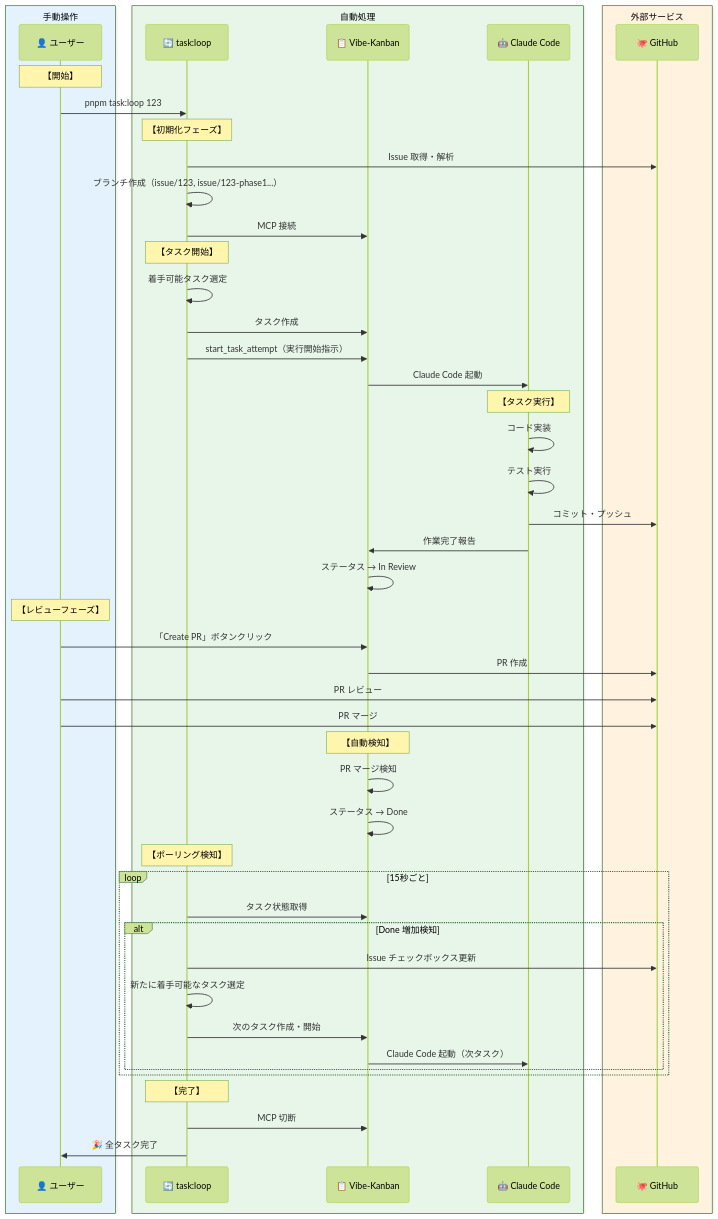
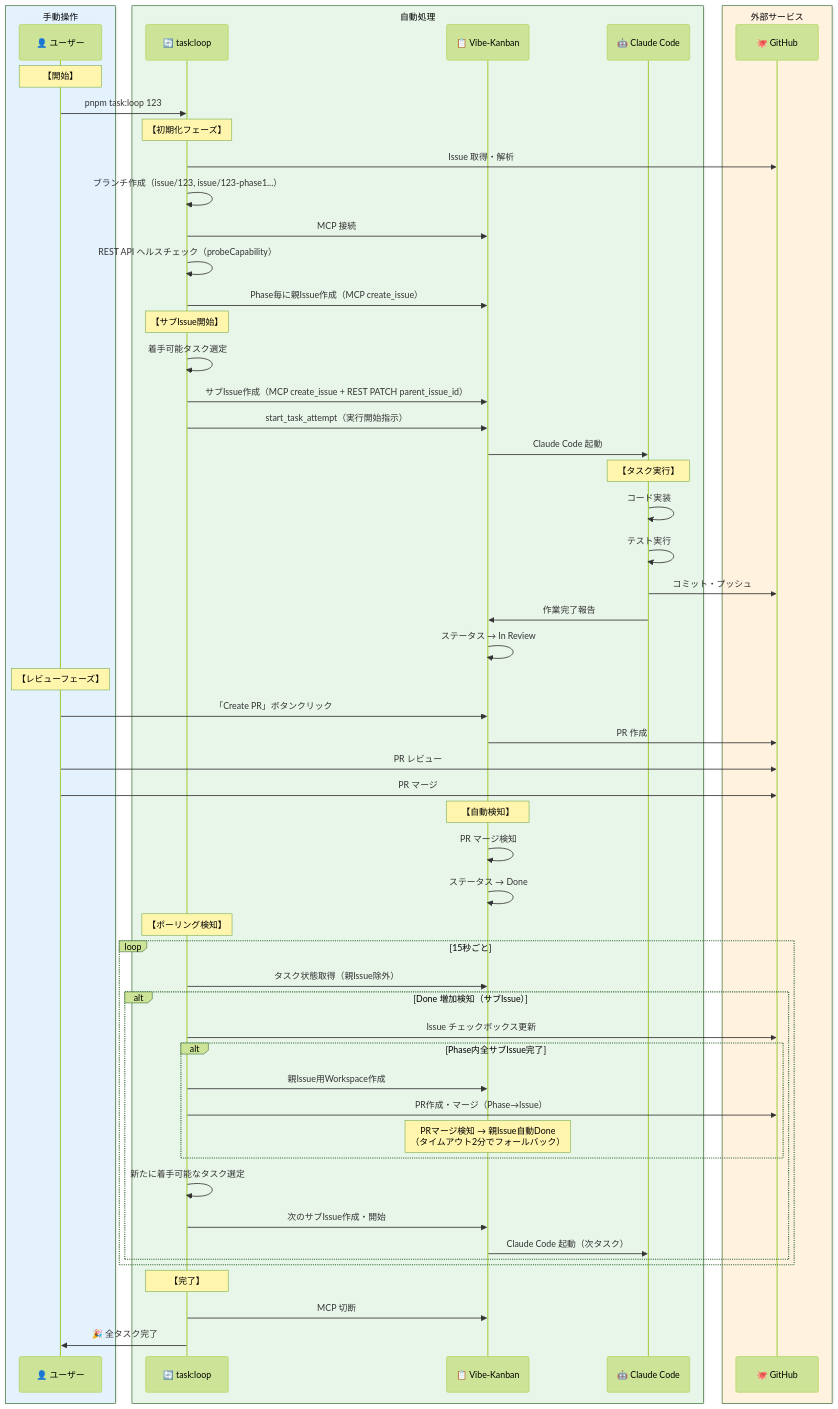
The second of 2 diagrams in docs/einja/instructions/task-vibe-kanban-loop.md (einja-inc/einja-management-template), drawn with Mermaid (forest theme) before and after one commit. The commit also changed other lines of this file and 4 other files, not shown here.

````diff
--- a/docs/einja/instructions/task-vibe-kanban-loop.md
+++ b/docs/einja/instructions/task-vibe-kanban-loop.md
@@ -313,60 +319,67 @@
 ```mermaid
 sequenceDiagram
     box rgb(227, 242, 253) 手動操作
         participant User as 👤 ユーザー
     end
     box rgb(232, 245, 233) 自動処理
         participant Script as 🔄 task:loop
         participant Vibe as 📋 Vibe-Kanban
         participant Claude as 🤖 Claude Code
     end
     box rgb(255, 243, 224) 外部サービス
         participant GitHub as 🐙 GitHub
     end
 
     Note over User: 【開始】
     User->>Script: pnpm task:loop 123
 
     Note over Script: 【初期化フェーズ】
     Script->>GitHub: Issue 取得・解析
     Script->>Script: ブランチ作成（issue/123, issue/123-phase1...）
     Script->>Vibe: MCP 接続
+    Script->>Script: REST API ヘルスチェック（probeCapability）
+    Script->>Vibe: Phase毎に親Issue作成（MCP create_issue）
 
-    Note over Script: 【タスク開始】
+    Note over Script: 【サブIssue開始】
     Script->>Script: 着手可能タスク選定
-    Script->>Vibe: タスク作成
+    Script->>Vibe: サブIssue作成（MCP create_issue + REST PATCH parent_issue_id）
     Script->>Vibe: start_task_attempt（実行開始指示）
     Vibe->>Claude: Claude Code 起動
 
     Note over Claude: 【タスク実行】
     Claude->>Claude: コード実装
     Claude->>Claude: テスト実行
     Claude->>GitHub: コミット・プッシュ
     Claude->>Vibe: 作業完了報告
     Vibe->>Vibe: ステータス → In Review
 
     Note over User: 【レビューフェーズ】
     User->>Vibe: 「Create PR」ボタンクリック
     Vibe->>GitHub: PR 作成
     User->>GitHub: PR レビュー
     User->>GitHub: PR マージ
 
     Note over Vibe: 【自動検知】
     Vibe->>Vibe: PR マージ検知
     Vibe->>Vibe: ステータス → Done
 
     Note over Script: 【ポーリング検知】
     loop 15秒ごと
-        Script->>Vibe: タスク状態取得
-        alt Done 増加検知
+        Script->>Vibe: タスク状態取得（親Issue除外）
+        alt Done 増加検知（サブIssue）
             Script->>GitHub: Issue チェックボックス更新
+            alt Phase内全サブIssue完了
+                Script->>Vibe: 親Issue用Workspace作成
+                Script->>GitHub: PR作成・マージ（Phase→Issue）
+                Note over Vibe: PRマージ検知 → 親Issue自動Done<br/>（タイムアウト2分でフォールバック）
+            end
             Script->>Script: 新たに着手可能なタスク選定
-            Script->>Vibe: 次のタスク作成・開始
+            Script->>Vibe: 次のサブIssue作成・開始
             Vibe->>Claude: Claude Code 起動（次タスク）
         end
     end
 
     Note over Script: 【完了】
     Script->>Vibe: MCP 切断
     Script->>User: 🎉 全タスク完了
 ```
````
